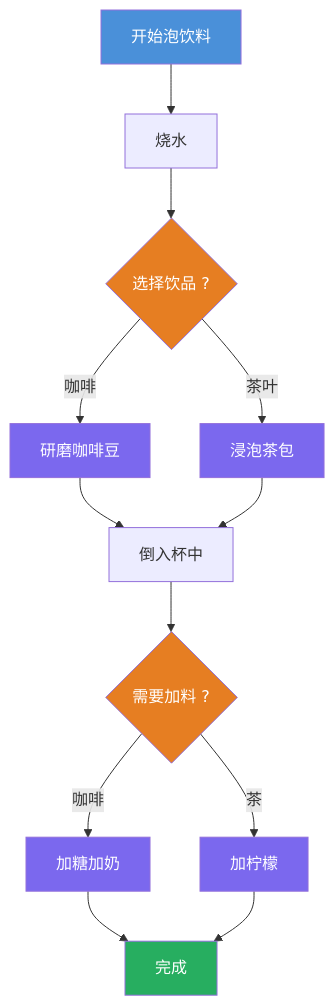
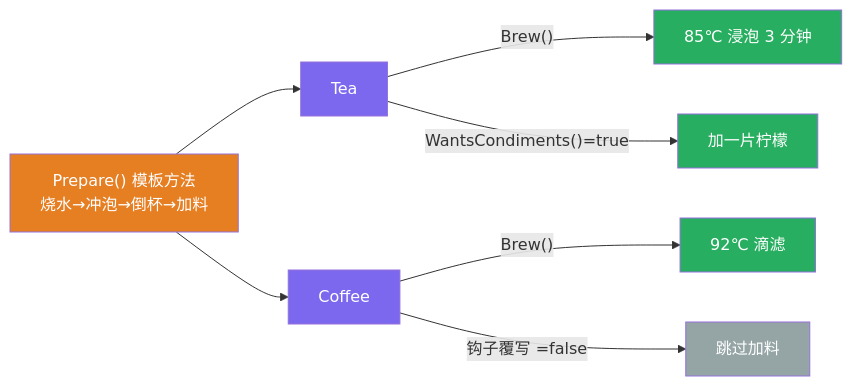
Before and after one commit to hollson/design_patterns: the second of 3 diagrams in TemplatePattern/README.md, drawn with Mermaid. The commit also changed other lines of this file and 8 other files, not shown here.

````diff
--- a/TemplatePattern/README.md
+++ b/TemplatePattern/README.md
@@ -29,23 +100,17 @@
 ```mermaid
-flowchart TD
-    A["开始泡饮料"] --> B["烧水"]
-    B --> C{"选择饮品 ?"}
-    C -- 咖啡 --> D["研磨咖啡豆"]
-    C -- 茶叶 --> E["浸泡茶包"]
-    D --> F["倒入杯中"]
-    E --> F
-    F --> G{"需要加料 ?"}
-    G -- 咖啡 --> H["加糖加奶"]
-    G -- 茶 --> I["加柠檬"]
-    H --> J["完成"]
-    I --> J
+flowchart LR
+    P["Prepare() 模板方法<br/>烧水→冲泡→倒杯→加料"] --> T["Tea"]
+    P --> C["Coffee"]
+    T -->|"Brew()"| T1["85℃ 浸泡 3 分钟"]
+    T -->|"WantsCondiments()=true"| T2["加一片柠檬"]
+    C -->|"Brew()"| C1["92℃ 滴滤"]
+    C -->|"钩子覆写 =false"| C2["跳过加料"]
 
-    style A fill:#4A90D9,color:#fff
-    style C fill:#E67E22,color:#fff
-    style D fill:#7B68EE,color:#fff
-    style E fill:#7B68EE,color:#fff
-    style G fill:#E67E22,color:#fff
-    style H fill:#7B68EE,color:#fff
-    style I fill:#7B68EE,color:#fff
-    style J fill:#27AE60,color:#fff
+    style P fill:#E67E22,color:#fff
+    style T fill:#7B68EE,color:#fff
+    style C fill:#7B68EE,color:#fff
+    style T1 fill:#27AE60,color:#fff
+    style T2 fill:#27AE60,color:#fff
+    style C1 fill:#27AE60,color:#fff
+    style C2 fill:#95A5A6,color:#fff
 ```
````
